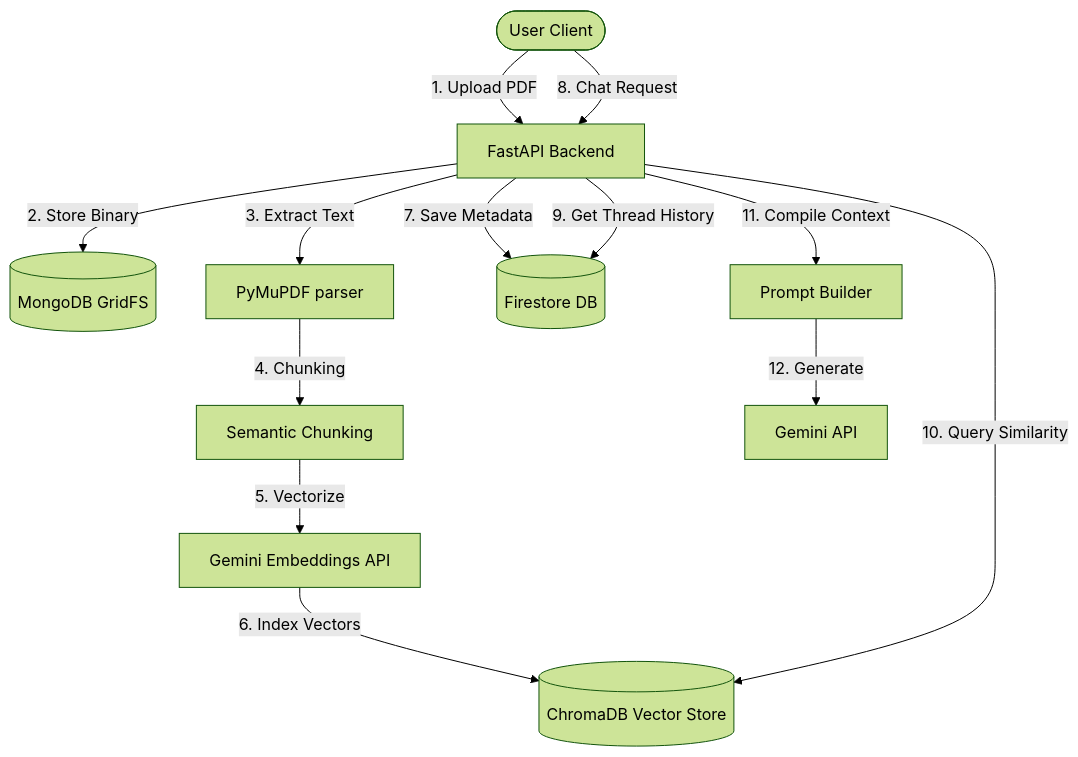
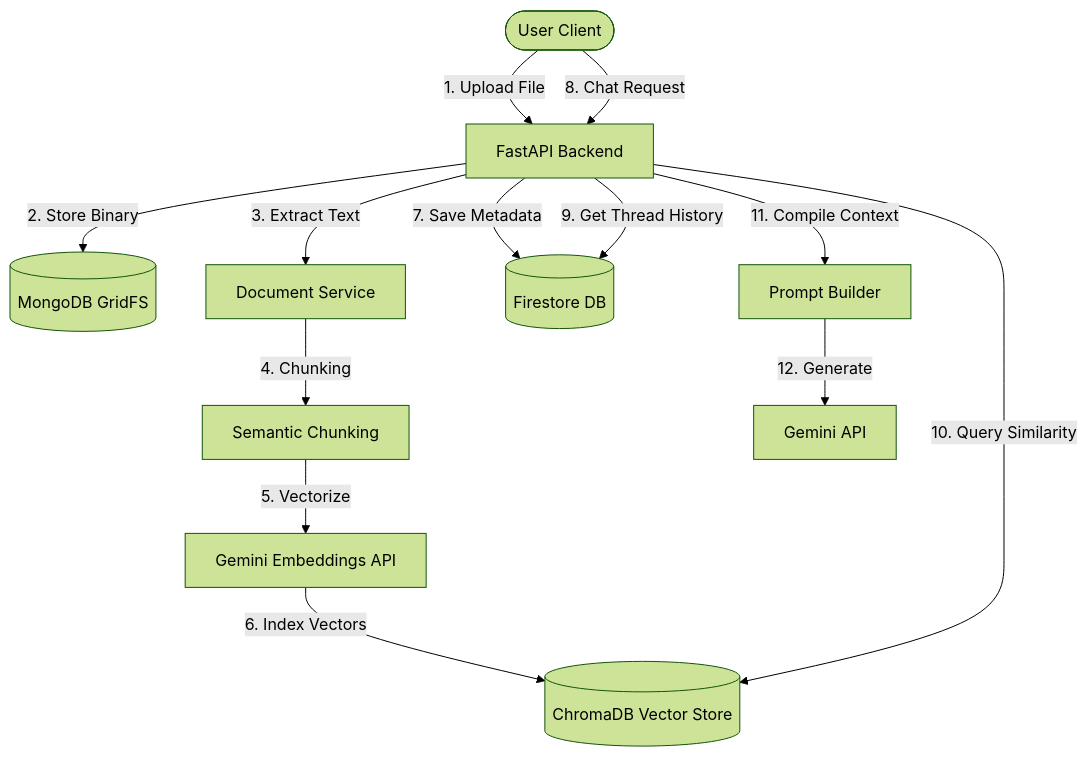
One commit to 3107Alok/DocMind-AI changed the diagram in README.md. Above: the diagram before and after it, drawn with Mermaid (forest theme). The commit also changed other lines of this file, not shown here.

Commit message:
docs: update README.md to document multi-format support and upload progress UI

````diff
--- a/README.md
+++ b/README.md
@@ -20,16 +22,16 @@
 ```mermaid
 graph TD
-    User([User Client]) -->|1. Upload PDF| API[FastAPI Backend]
+    User([User Client]) -->|1. Upload File| API[FastAPI Backend]
     API -->|2. Store Binary| MongoDB[(MongoDB GridFS)]
-    API -->|3. Extract Text| PyMuPDF[PyMuPDF parser]
-    PyMuPDF -->|4. Chunking| ChunkService[Semantic Chunking]
+    API -->|3. Extract Text| DocumentService[Document Service]
+    DocumentService -->|4. Chunking| ChunkService[Semantic Chunking]
     ChunkService -->|5. Vectorize| GeminiEmbeddings[Gemini Embeddings API]
     GeminiEmbeddings -->|6. Index Vectors| ChromaDB[(ChromaDB Vector Store)]
     API -->|7. Save Metadata| Firestore[(Firestore DB)]
     
     User -->|8. Chat Request| API
     API -->|9. Get Thread History| Firestore
     API -->|10. Query Similarity| ChromaDB
     API -->|11. Compile Context| PromptBuilder[Prompt Builder]
     PromptBuilder -->|12. Generate| Gemini[Gemini API]
 ```
````
